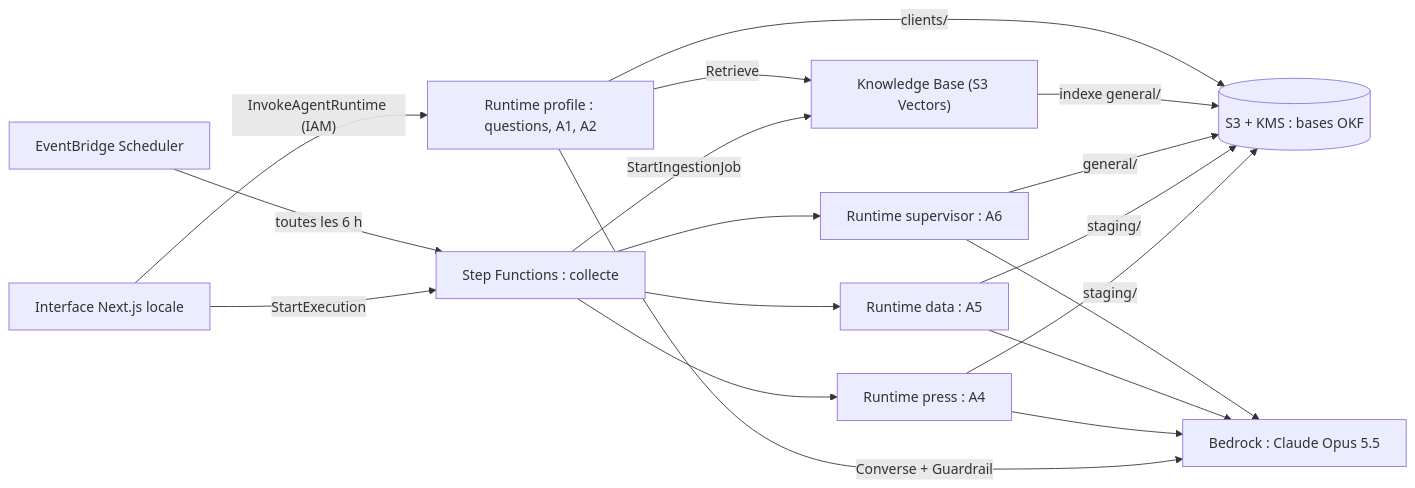
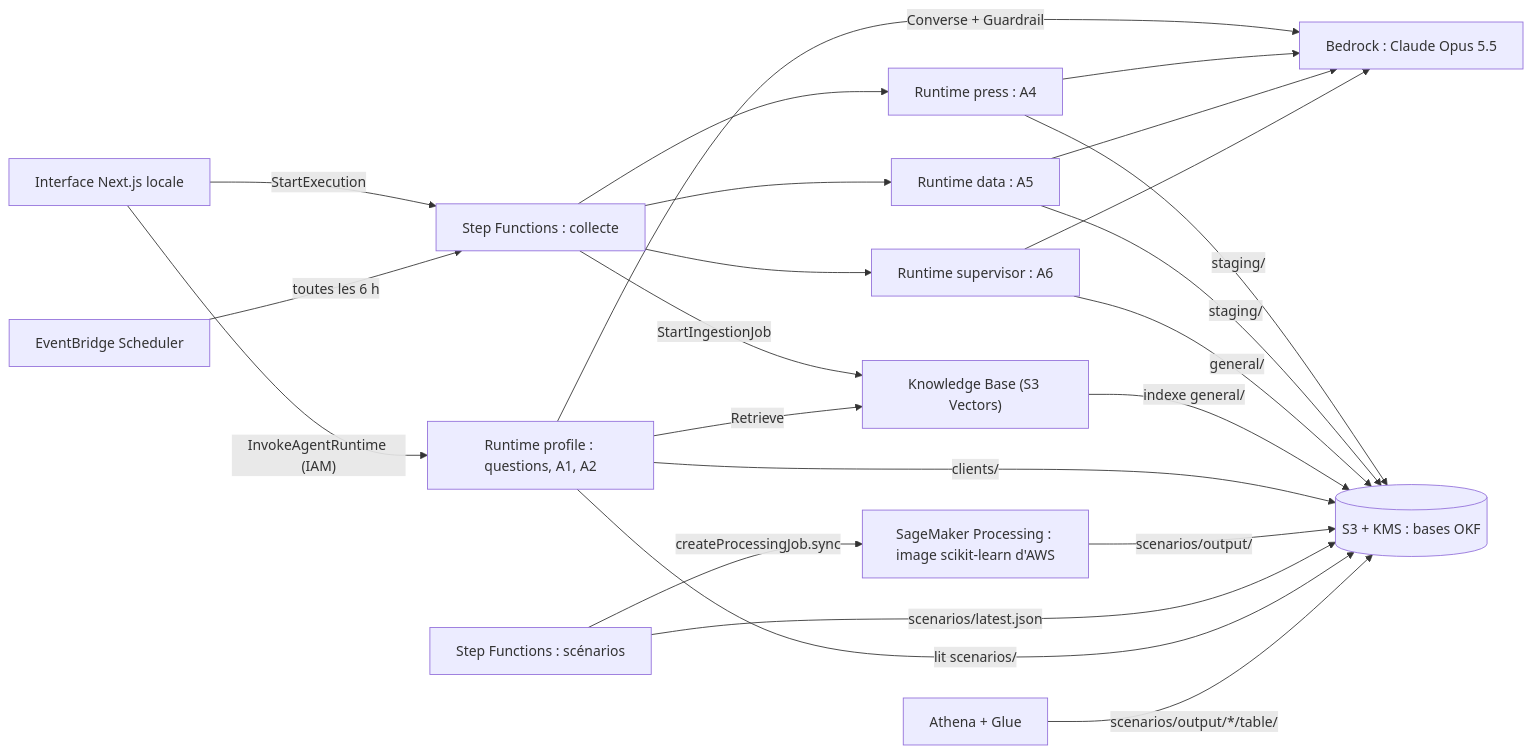
The first of 2 diagrams in infrastructure/README.md (sf-bit24/alphaforge-polyfinances-2026), drawn with Mermaid before and after one commit. The commit also changed other lines of this file and 44 other files, not shown here.

````diff
--- a/infrastructure/README.md
+++ b/infrastructure/README.md
@@ -17,20 +19,25 @@
 ```mermaid
 flowchart LR
     UI["Interface Next.js locale"] -->|"InvokeAgentRuntime (IAM)"| P["Runtime profile : questions, A1, A2"]
     UI -->|"StartExecution"| SF["Step Functions : collecte"]
     SCH["EventBridge Scheduler"] -->|"toutes les 6 h"| SF
     SF --> A4["Runtime press : A4"]
     SF --> A5["Runtime data : A5"]
     A4 -->|"staging/"| S3[("S3 + KMS : bases OKF")]
     A5 -->|"staging/"| S3
     SF --> A6["Runtime supervisor : A6"]
     A6 -->|"general/"| S3
     SF -->|"StartIngestionJob"| KB["Knowledge Base (S3 Vectors)"]
     KB -->|"indexe general/"| S3
     P -->|"clients/"| S3
     P -->|"Retrieve"| KB
     P -->|"Converse + Guardrail"| M["Bedrock : Claude Opus 5.5"]
     A4 --> M
     A5 --> M
     A6 --> M
+    SFS["Step Functions : scénarios"] -->|"createProcessingJob.sync"| SM["SageMaker Processing : image scikit-learn d'AWS"]
+    SM -->|"scenarios/output/"| S3
+    SFS -->|"scenarios/latest.json"| S3
+    P -->|"lit scenarios/"| S3
+    ATH["Athena + Glue"] -->|"scenarios/output/*/table/"| S3
 ```
````
